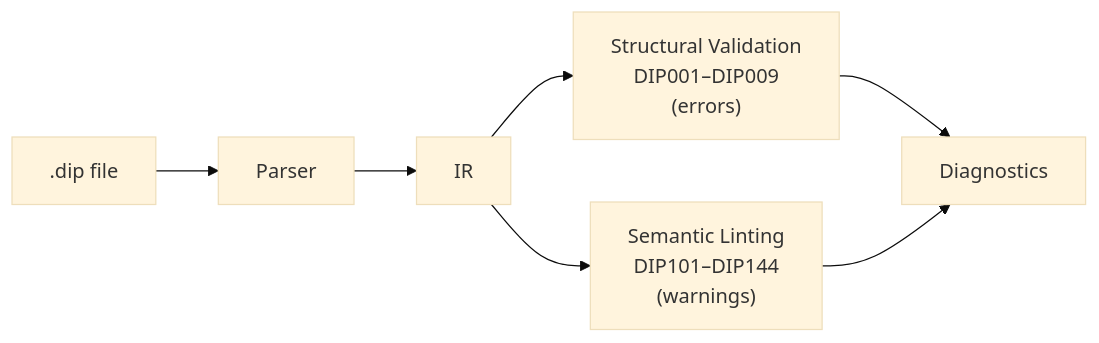
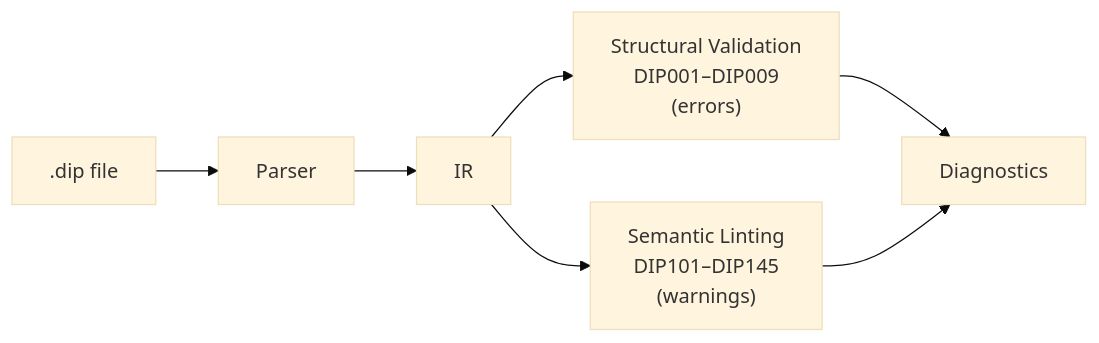
The diagram in docs/validation.md (2389-research/dippin-lang), drawn with Mermaid (base theme) before and after one commit. The commit also changed other lines of this file and 6 other files, not shown here.

````diff
--- a/docs/validation.md
+++ b/docs/validation.md
@@ -10,9 +10,9 @@
 ```mermaid
 graph LR
     SRC[".dip file"] --> PARSE["Parser"]
     PARSE --> IR["IR"]
     IR --> VAL["Structural Validation<br>DIP001–DIP009<br>(errors)"]
-    IR --> LINT["Semantic Linting<br>DIP101–DIP144<br>(warnings)"]
+    IR --> LINT["Semantic Linting<br>DIP101–DIP145<br>(warnings)"]
     VAL --> DIAG["Diagnostics"]
     LINT --> DIAG
 ```
````
